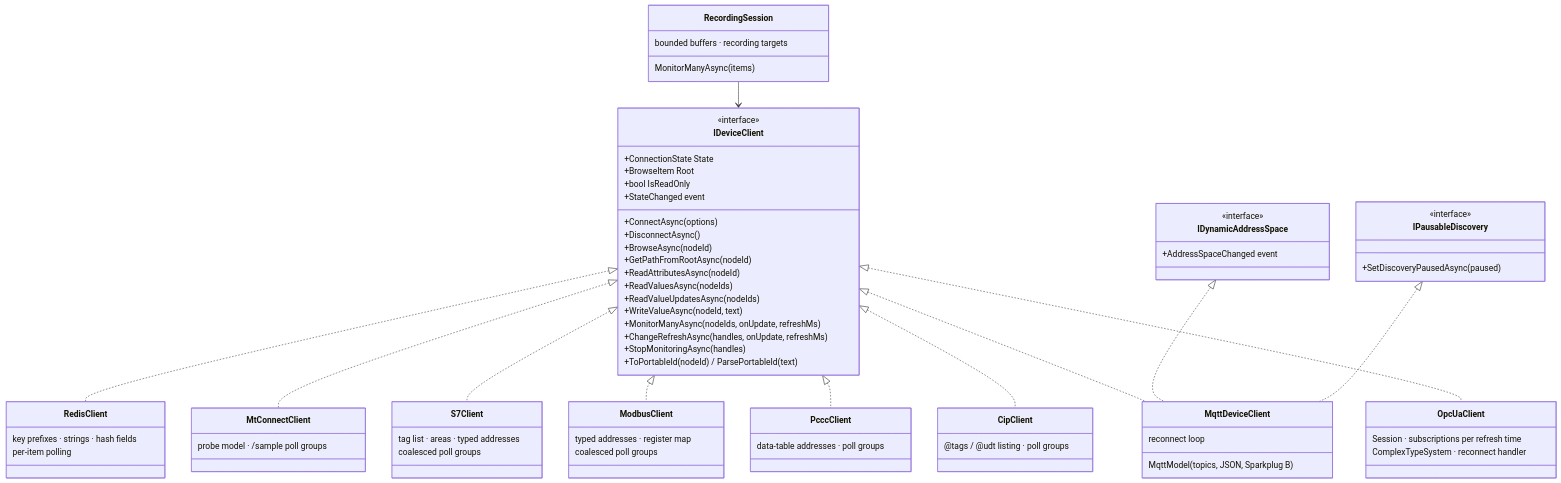
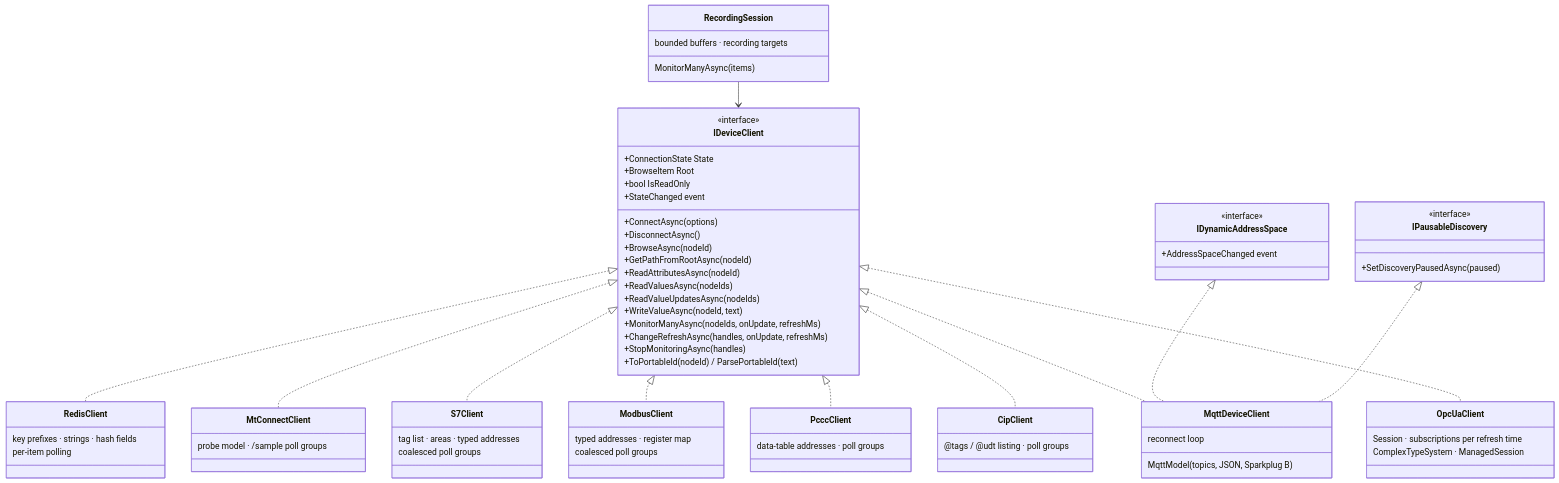
Before and after one commit to ZaoralJ/MachineDataBrowser: the second of 5 diagrams in docs/architecture.md, drawn with Mermaid. The commit also changed other lines of this file and 6 other files, not shown here.

First line of the commit message:
feat(core): move OPC UA driver to ManagedSession and the V2 subscription manager (SDK 2.0.2)

````diff
--- a/docs/architecture.md
+++ b/docs/architecture.md
@@ -142,74 +142,74 @@
 ```mermaid
 classDiagram
     class IDeviceClient {
         <<interface>>
         +ConnectionState State
         +BrowseItem Root
         +ConnectAsync(options)
         +DisconnectAsync()
         +BrowseAsync(nodeId)
         +GetPathFromRootAsync(nodeId)
         +ReadAttributesAsync(nodeId)
         +ReadValuesAsync(nodeIds)
         +ReadValueUpdatesAsync(nodeIds)
         +WriteValueAsync(nodeId, text)
         +bool IsReadOnly
         +MonitorManyAsync(nodeIds, onUpdate, refreshMs)
         +ChangeRefreshAsync(handles, onUpdate, refreshMs)
         +StopMonitoringAsync(handles)
         +ToPortableId(nodeId) / ParsePortableId(text)
         +StateChanged event
     }
     class IDynamicAddressSpace {
         <<interface>>
         +AddressSpaceChanged event
     }
     class IPausableDiscovery {
         <<interface>>
         +SetDiscoveryPausedAsync(paused)
     }
     class OpcUaClient {
         Session · subscriptions per refresh time
-        ComplexTypeSystem · reconnect handler
+        ComplexTypeSystem · ManagedSession
     }
     class CipClient {
         @tags / @udt listing · poll groups
     }
     class PcccClient {
         data-table addresses · poll groups
     }
     class ModbusClient {
         typed addresses · register map
         coalesced poll groups
     }
     class MqttDeviceClient {
         MqttModel (topics, JSON, Sparkplug B)
         reconnect loop
     }
     class S7Client {
         tag list · areas · typed addresses
         coalesced poll groups
     }
     IDeviceClient <|.. OpcUaClient
     IDeviceClient <|.. CipClient
     IDeviceClient <|.. PcccClient
     IDeviceClient <|.. ModbusClient
     IDeviceClient <|.. MqttDeviceClient
     IDeviceClient <|.. S7Client
     class MtConnectClient {
         probe model · /sample poll groups
     }
     IDeviceClient <|.. MtConnectClient
     class RedisClient {
         key prefixes · strings · hash fields
         per-item polling
     }
     IDeviceClient <|.. RedisClient
     IDynamicAddressSpace <|.. MqttDeviceClient
     IPausableDiscovery <|.. MqttDeviceClient
     class RecordingSession {
         MonitorManyAsync(items)
         bounded buffers · recording targets
     }
     RecordingSession --> IDeviceClient
 ```
````
